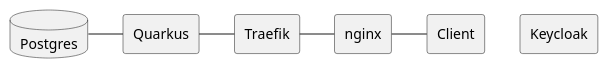
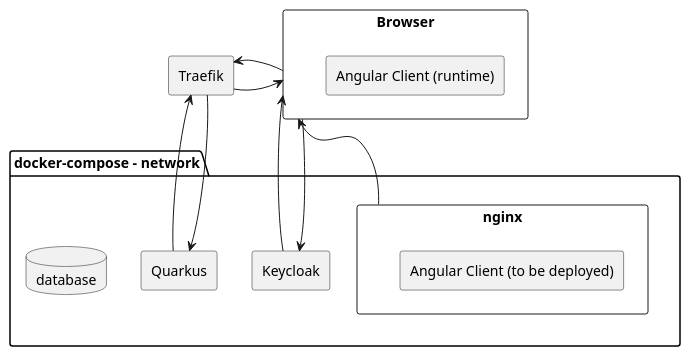
Before and after one commit to htl-leonding-project/questionz: the diagram in asciidocs/system-specification.adoc, drawn with PlantUML. The commit also changed 1 other file, not shown here.

Commit message:
#2 Added SystemArchitecture to System Specification

```diff
--- a/asciidocs/system-specification.adoc
+++ b/asciidocs/system-specification.adoc
@@ -81,18 +81,38 @@
 [plantuml,systemarchitektur,png]
 ----
 @startuml
-    database Postgres
-    rectangle Keycloak
-    rectangle Quarkus
-    rectangle Traefik
-    rectangle nginx
-    rectangle Client
+
+rectangle Browser {
+    rectangle "Angular Client (runtime)"
+}
+
+rectangle Traefik
+
+Browser <-down- Traefik
+Browser -down-> Traefik
+
+package "docker-compose - network" {
 
 
 
-    Postgres - Quarkus
-    Quarkus - Traefik
-    Traefik - nginx
-    nginx - Client
+    rectangle Quarkus
+
+    rectangle Keycloak
+
+    database database
+
+    rectangle nginx {
+        rectangle "Angular Client (to be deployed)"
+    }
+
+}
+
+Traefik <-- Quarkus
+Traefik --> Quarkus
+
+Keycloak --> Browser
+Browser --> Keycloak
+nginx --> Browser
+
 @enduml
 ----
```
